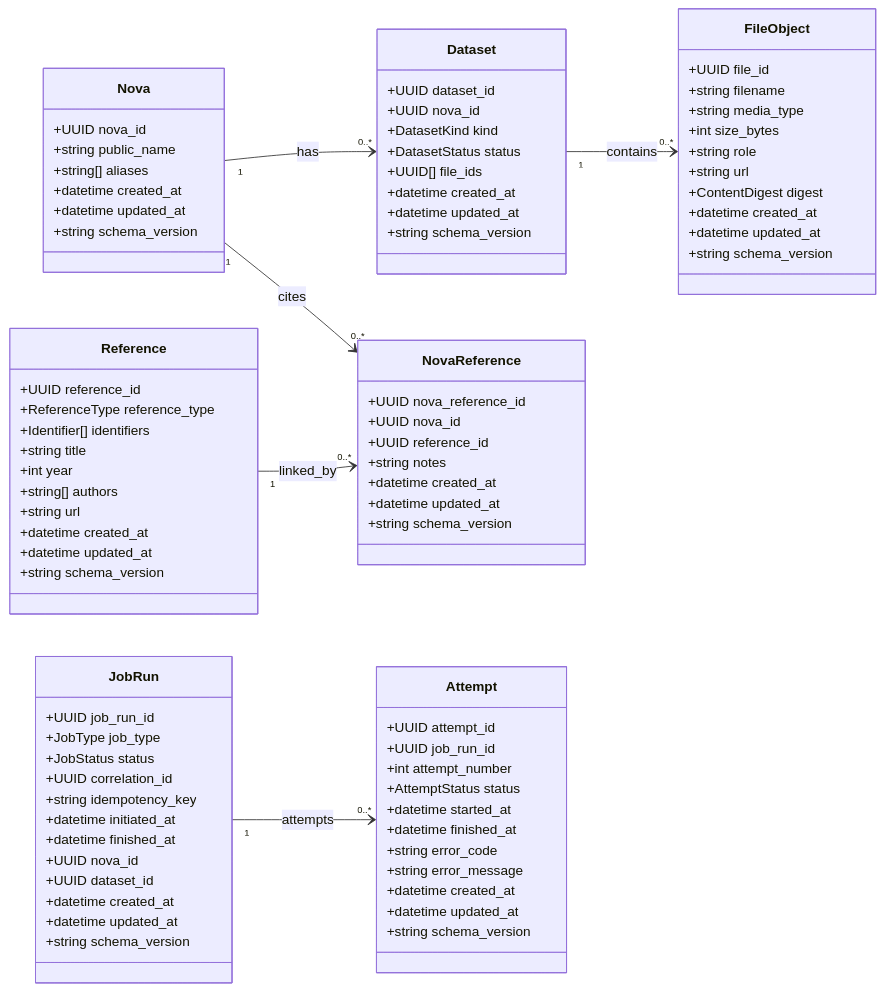
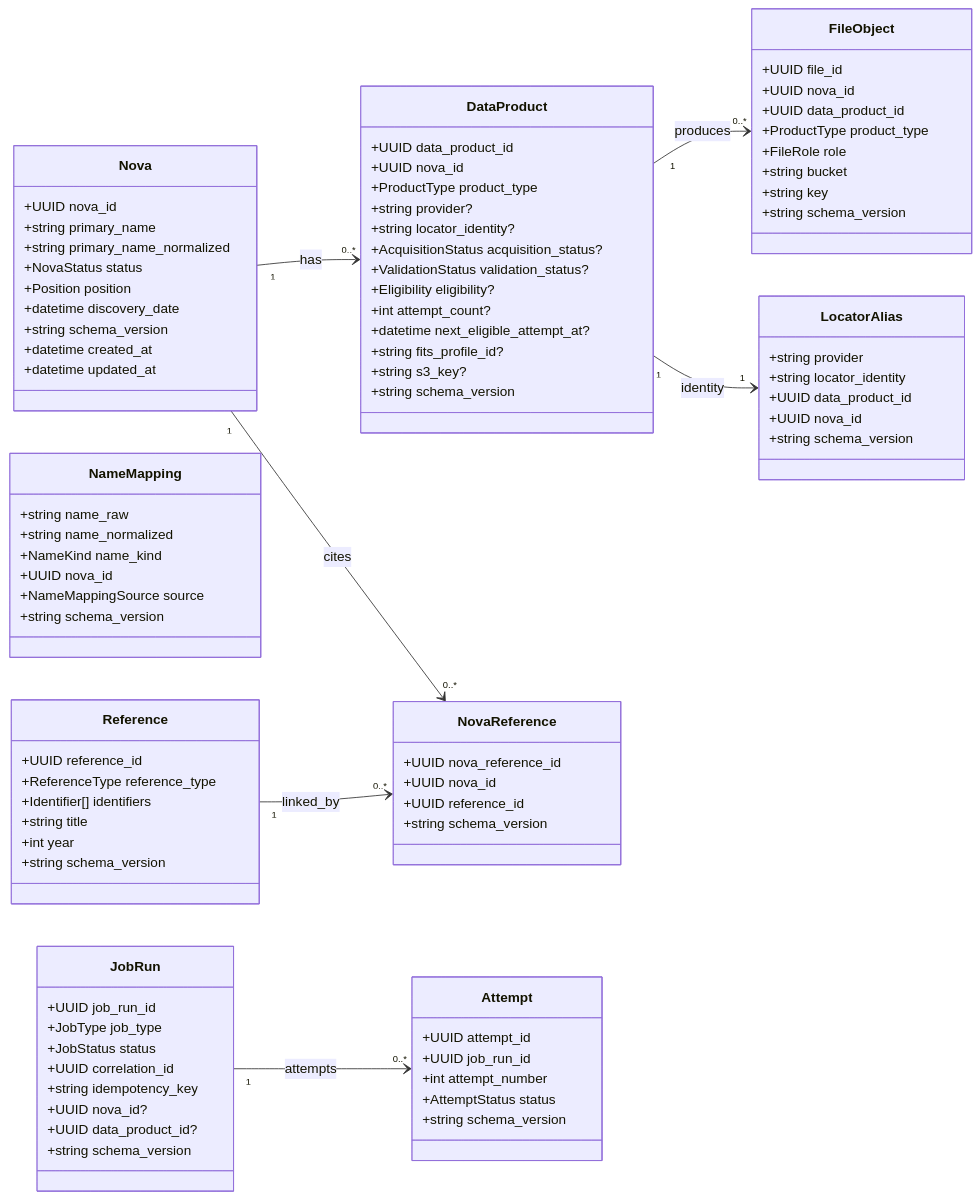
One commit to finzellt/aws_nova_cat changed the diagram in docs/diagrams/entities_mermaid_diag.md. Above: the diagram before and after it, drawn with Mermaid. The commit also changed 18 other files, not shown here.

First line of the commit message:
refactor(docs): finalize architectural alignment and establish ADR-004 baseline

````diff
--- a/docs/diagrams/entities_mermaid_diag.md
+++ b/docs/diagrams/entities_mermaid_diag.md
@@ -2,38 +2,73 @@
 classDiagram
   direction LR
 
+  %% ============================
+  %% Core Domain
+  %% ============================
+
   class Nova {
     +UUID nova_id
-    +string public_name
-    +string[] aliases
+    +string primary_name
+    +string primary_name_normalized
+    +NovaStatus status
+    +Position position
+    +datetime discovery_date
+    +string schema_version
     +datetime created_at
     +datetime updated_at
+  }
+
+  class NameMapping {
+    +string name_raw
+    +string name_normalized
+    +NameKind name_kind
+    +UUID nova_id
+    +NameMappingSource source
     +string schema_version
   }
 
-  class Dataset {
-    +UUID dataset_id
+  %% ============================
+  %% Data Products
+  %% ============================
+
+  class DataProduct {
+    +UUID data_product_id
     +UUID nova_id
-    +DatasetKind kind
-    +DatasetStatus status
-    +UUID[] file_ids
-    +datetime created_at
-    +datetime updated_at
+    +ProductType product_type
+    +string provider?
+    +string locator_identity?
+    +AcquisitionStatus acquisition_status?
+    +ValidationStatus validation_status?
+    +Eligibility eligibility?
+    +int attempt_count?
+    +datetime next_eligible_attempt_at?
+    +string fits_profile_id?
+    +string s3_key?
+    +string schema_version
+  }
+
+  class LocatorAlias {
+    +string provider
+    +string locator_identity
+    +UUID data_product_id
+    +UUID nova_id
     +string schema_version
   }
 
   class FileObject {
     +UUID file_id
-    +string filename
-    +string media_type
-    +int size_bytes
-    +string role
-    +string url
-    +ContentDigest digest
-    +datetime created_at
-    +datetime updated_at
+    +UUID nova_id
+    +UUID data_product_id
+    +ProductType product_type
+    +FileRole role
+    +string bucket
+    +string key
     +string schema_version
   }
+
+  %% ============================
+  %% References
+  %% ============================
 
   class Reference {
     +UUID reference_id
@@ -41,10 +76,6 @@
     +Identifier[] identifiers
     +string title
     +int year
-    +string[] authors
-    +string url
-    +datetime created_at
-    +datetime updated_at
     +string schema_version
   }
 
@@ -52,11 +83,12 @@
     +UUID nova_reference_id
     +UUID nova_id
     +UUID reference_id
-    +string notes
-    +datetime created_at
-    +datetime updated_at
     +string schema_version
   }
+
+  %% ============================
+  %% Operational
+  %% ============================
 
   class JobRun {
     +UUID job_run_id
@@ -64,12 +96,8 @@
     +JobStatus status
     +UUID correlation_id
     +string idempotency_key
-    +datetime initiated_at
-    +datetime finished_at
-    +UUID nova_id
-    +UUID dataset_id
-    +datetime created_at
-    +datetime updated_at
+    +UUID nova_id?
+    +UUID data_product_id?
     +string schema_version
   }
 
@@ -78,19 +106,17 @@
     +UUID job_run_id
     +int attempt_number
     +AttemptStatus status
-    +datetime started_at
-    +datetime finished_at
-    +string error_code
-    +string error_message
-    +datetime created_at
-    +datetime updated_at
     +string schema_version
   }
 
-  %% Relationships / cardinalities
-  Nova "1" --> "0..*" Dataset : has
-  Dataset "1" --> "0..*" FileObject : contains
+  %% ============================
+  %% Relationships
+  %% ============================
+
+  Nova "1" --> "0..*" DataProduct : has
   Nova "1" --> "0..*" NovaReference : cites
   Reference "1" --> "0..*" NovaReference : linked_by
+  DataProduct "1" --> "0..*" FileObject : produces
+  DataProduct "1" --> "1" LocatorAlias : identity
   JobRun "1" --> "0..*" Attempt : attempts
 ```
````
